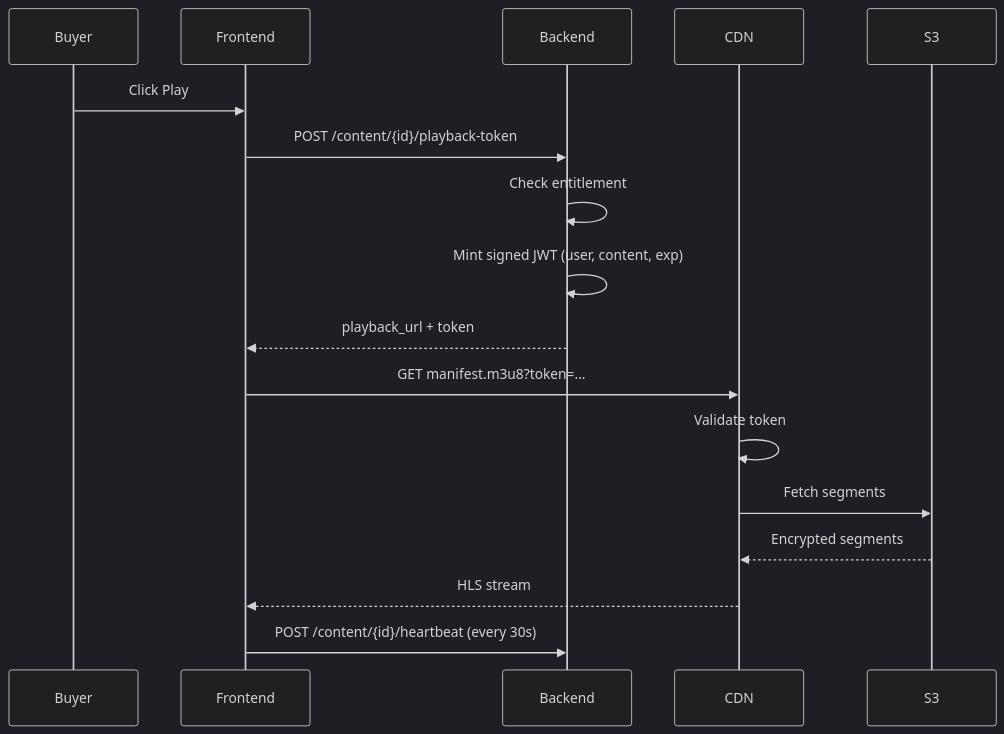
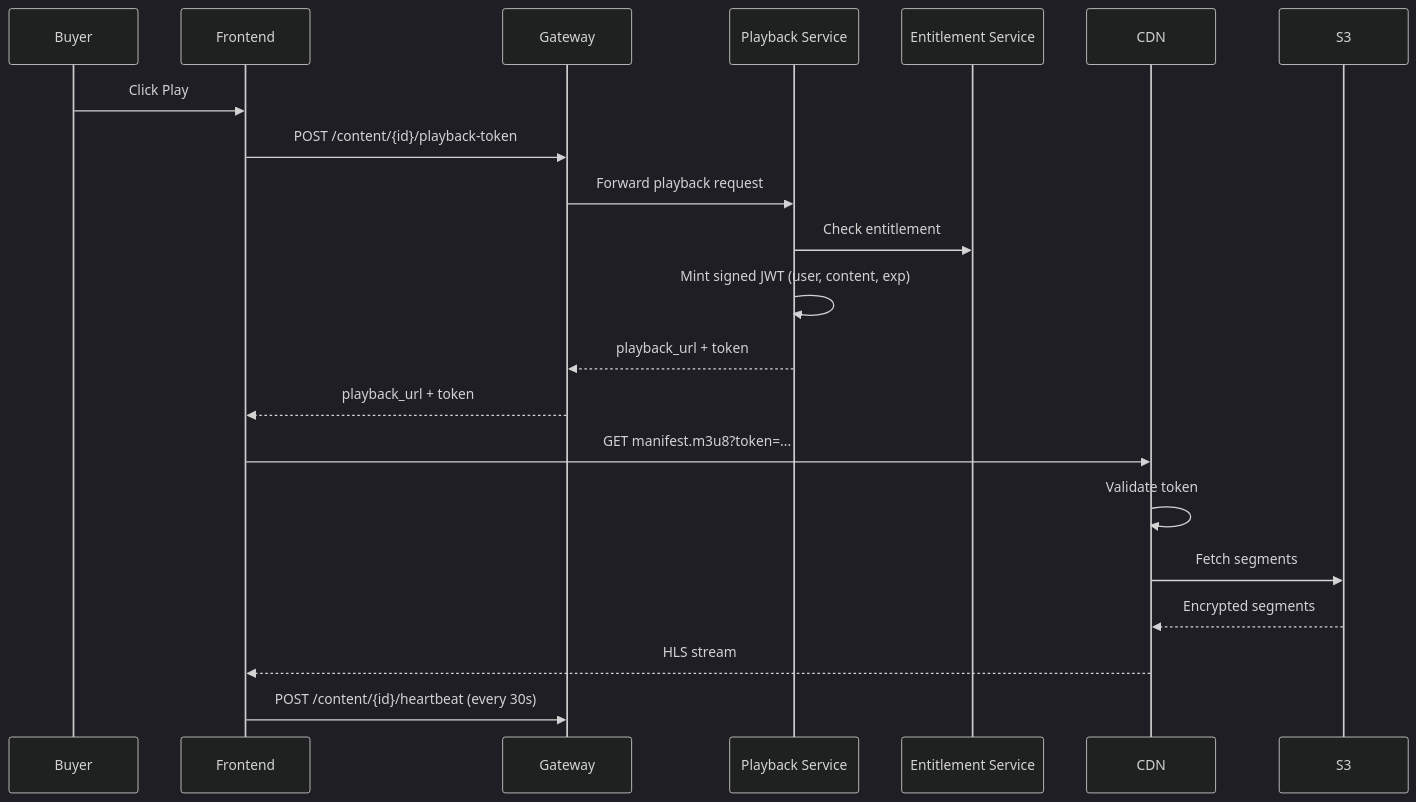
Before and after one commit to AshikurRahman-sec/Digimart: the third of 3 diagrams in docs/ARCHITECTURE.md, drawn with Mermaid (dark theme). The commit also changed other lines of this file and 136 other files, not shown here.

````diff
--- a/docs/ARCHITECTURE.md
+++ b/docs/ARCHITECTURE.md
@@ -219,20 +295,24 @@
 ```mermaid
 sequenceDiagram
     participant B as Buyer
     participant FE as Frontend
-    participant API as Backend
+    participant API as Gateway
+    participant PB as Playback Service
+    participant E as Entitlement Service
     participant CDN as CDN
     participant S3 as S3
 
     B->>FE: Click Play
     FE->>API: POST /content/{id}/playback-token
-    API->>API: Check entitlement
-    API->>API: Mint signed JWT (user, content, exp)
+    API->>PB: Forward playback request
+    PB->>E: Check entitlement
+    PB->>PB: Mint signed JWT (user, content, exp)
+    PB-->>API: playback_url + token
     API-->>FE: playback_url + token
     FE->>CDN: GET manifest.m3u8?token=...
     CDN->>CDN: Validate token
     CDN->>S3: Fetch segments
     S3-->>CDN: Encrypted segments
     CDN-->>FE: HLS stream
     FE->>API: POST /content/{id}/heartbeat (every 30s)
 ```
````
